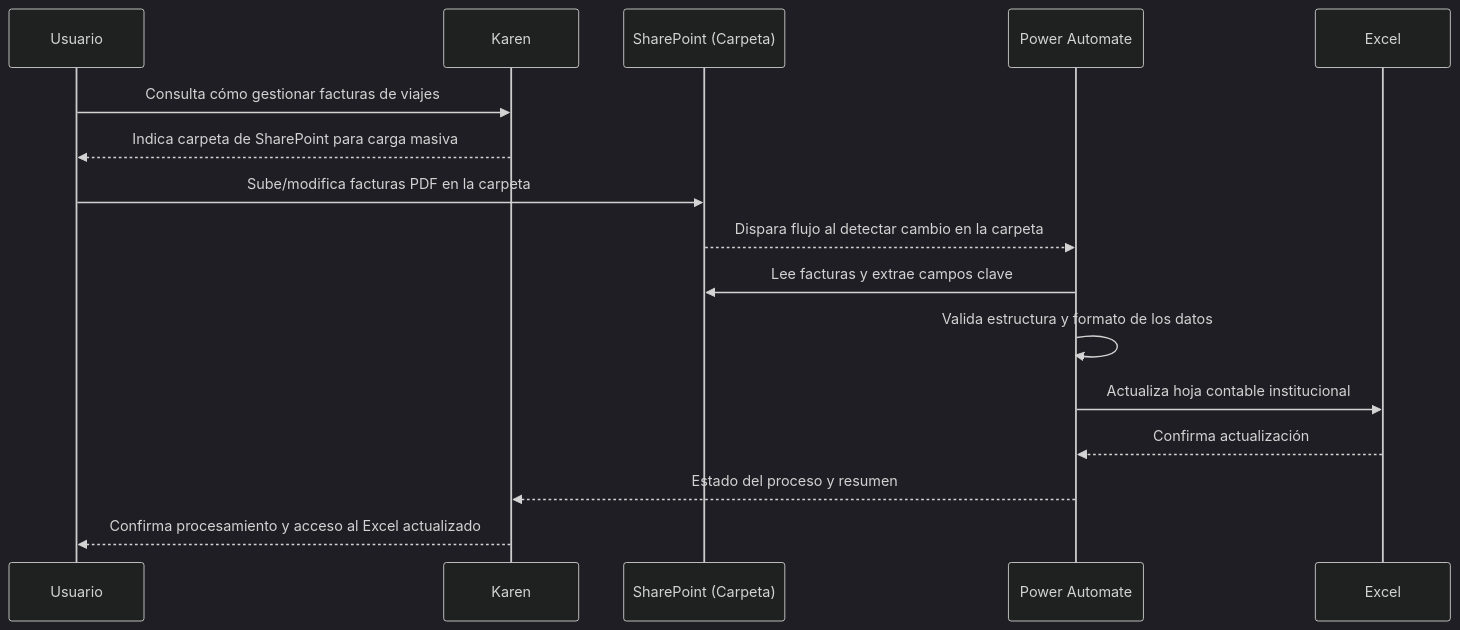
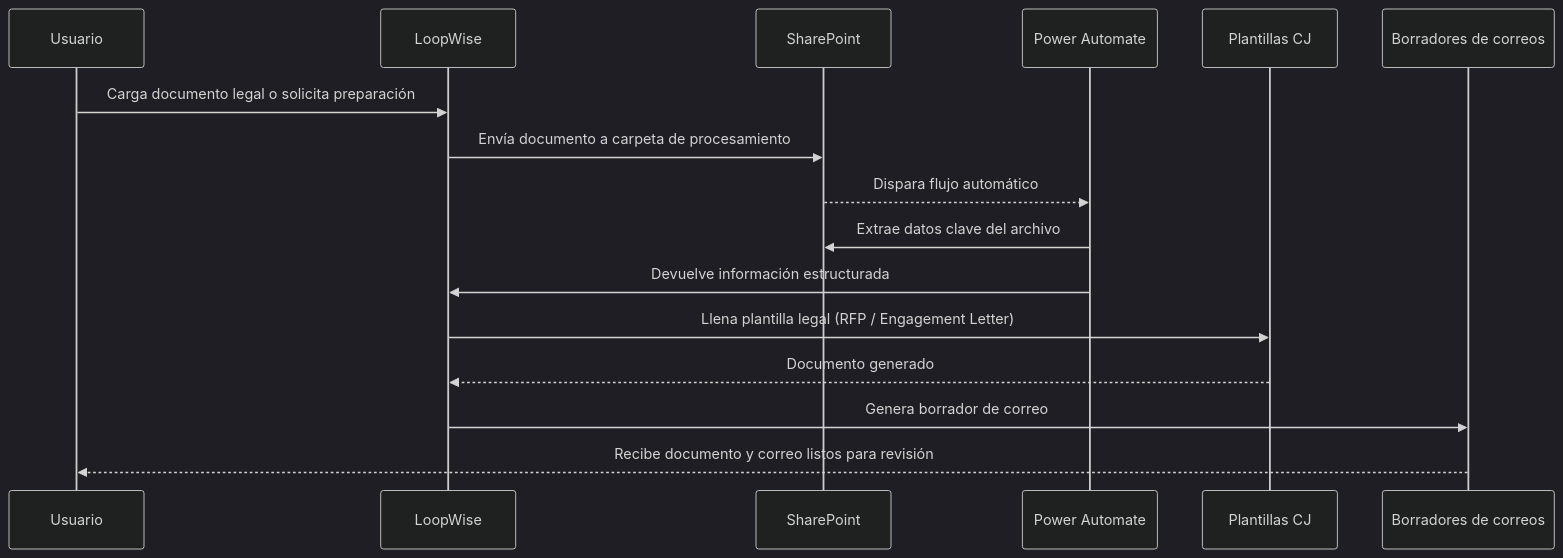
The second of 2 diagrams in README.md (lab-innovacion-caf/Agentes), drawn with Mermaid (dark theme) before and after one commit. The commit also changed other lines of this file, not shown here.

````diff
--- a/README.md
+++ b/README.md
@@ -107,19 +139,19 @@
 ```mermaid
 sequenceDiagram
     participant Usuario
-    participant Karen
-    participant SP as SharePoint (Carpeta)
+    participant LoopWise
+    participant SP as SharePoint
     participant PA as Power Automate
-    participant Excel
+    participant T as Plantillas CJ
+    participant Email as Borradores de correos
 
-    Usuario->>Karen: Consulta cómo gestionar facturas de viajes
-    Karen-->>Usuario: Indica carpeta de SharePoint para carga masiva
-    Usuario->>SP: Sube/modifica facturas PDF en la carpeta
-    SP-->>PA: Dispara flujo al detectar cambio en la carpeta
-    PA->>SP: Lee facturas y extrae campos clave
-    PA->>PA: Valida estructura y formato de los datos
-    PA->>Excel: Actualiza hoja contable institucional
-    Excel-->>PA: Confirma actualización
-    PA-->>Karen: Estado del proceso y resumen
-    Karen-->>Usuario: Confirma procesamiento y acceso al Excel actualizado
+    Usuario->>LoopWise: Carga documento legal o solicita preparación
+    LoopWise->>SP: Envía documento a carpeta de procesamiento
+    SP-->>PA: Dispara flujo automático
+    PA->>SP: Extrae datos clave del archivo
+    PA->>LoopWise: Devuelve información estructurada
+    LoopWise->>T: Llena plantilla legal (RFP / Engagement Letter)
+    T-->>LoopWise: Documento generado
+    LoopWise->>Email: Genera borrador de correo
+    Email-->>Usuario: Recibe documento y correo listos para revisión
 ```
````
